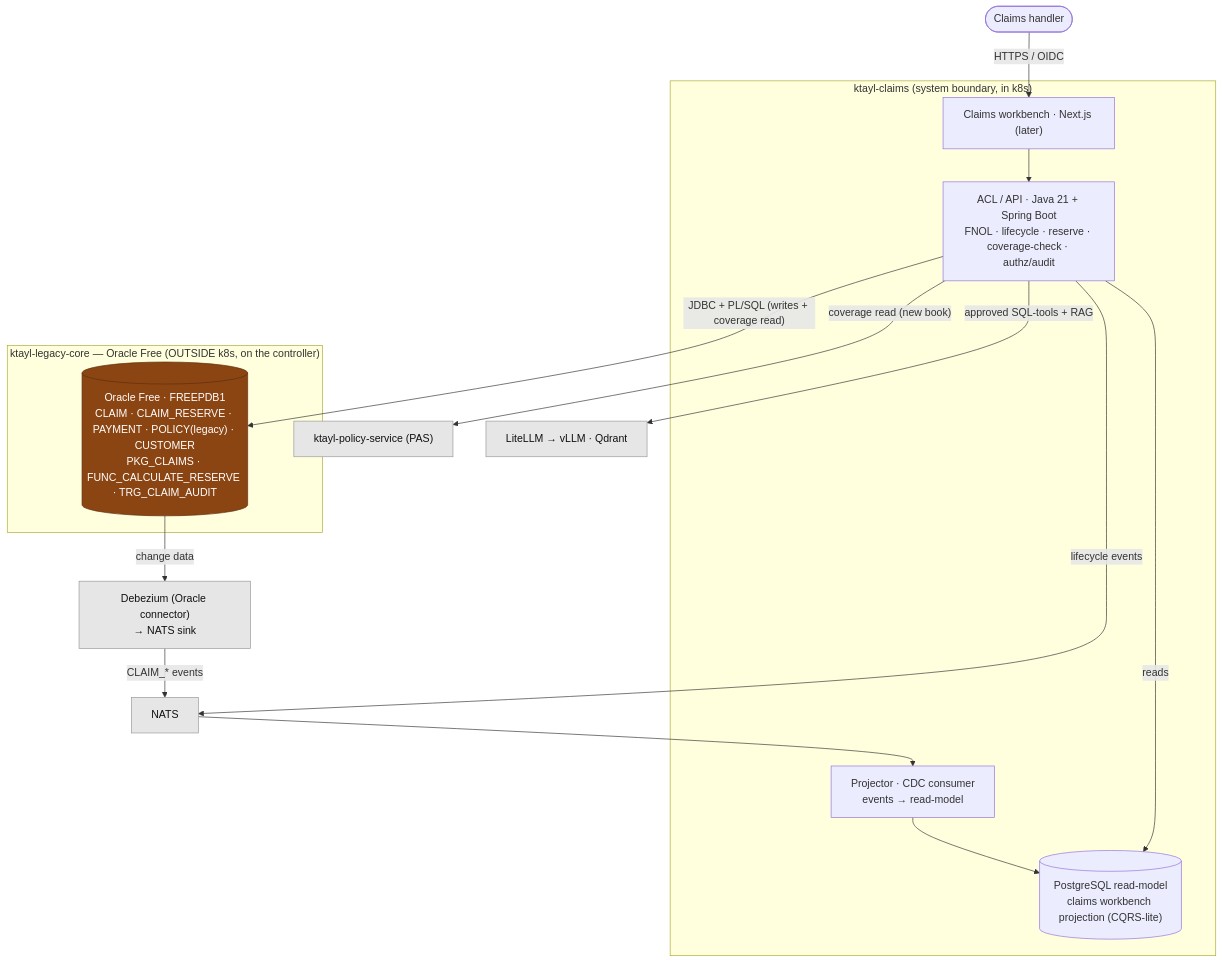
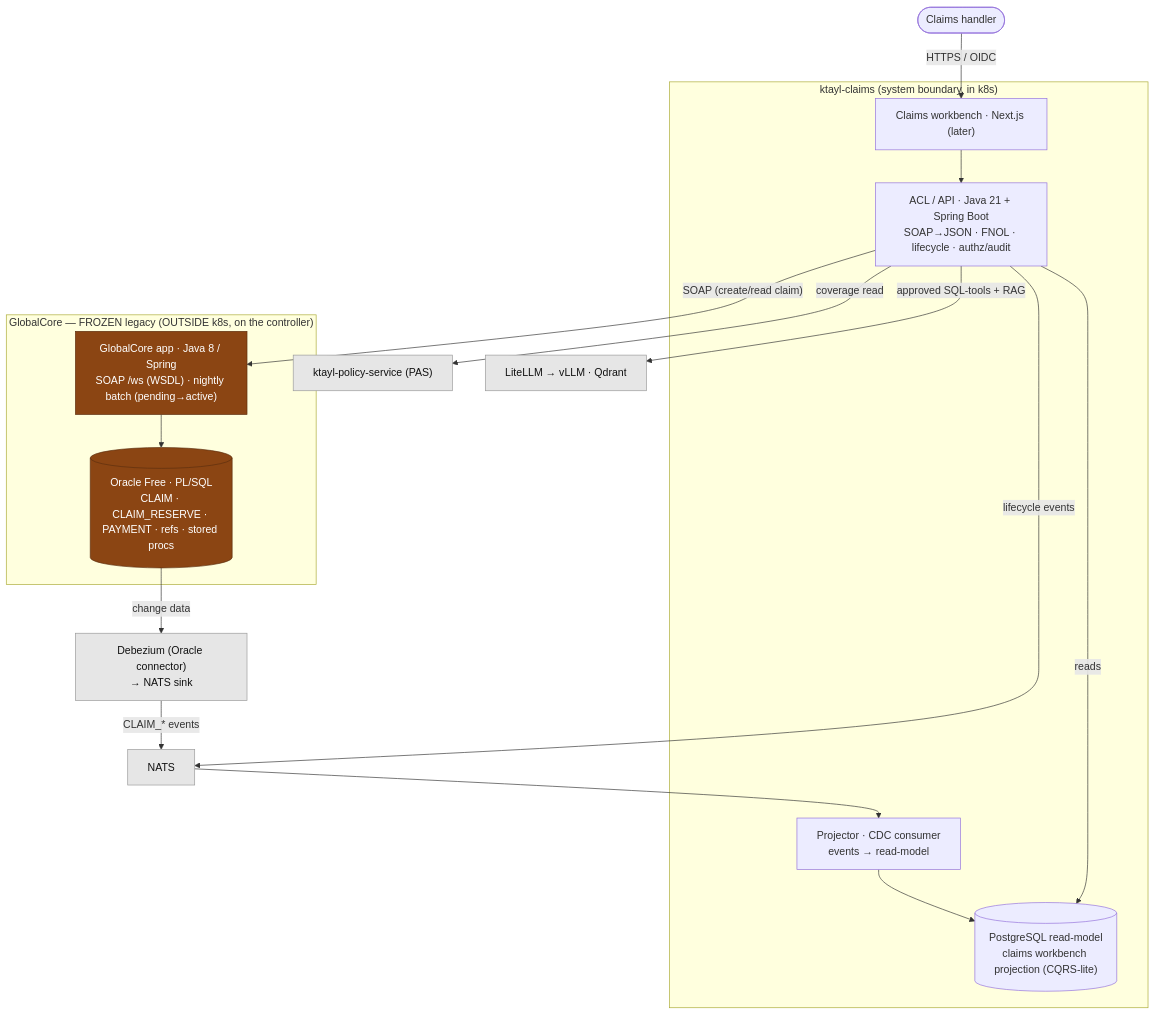
One commit to andrelair-platform/ktayl-claims changed the second of 3 diagrams in docs/architecture/solution-architecture.md. Above: the diagram before and after it, drawn with Mermaid. The commit also changed other lines of this file and 6 other files, not shown here.

First line of the commit message:
docs: realign Claims planning set to GlobalCore+Oracle+Claims (SOAP+batch wrap)

````diff
--- a/docs/architecture/solution-architecture.md
+++ b/docs/architecture/solution-architecture.md
@@ -66,37 +67,39 @@
 ```mermaid
 flowchart TB
   handler(["Claims handler"])
 
-  subgraph LEG["ktayl-legacy-core — Oracle Free (OUTSIDE k8s, on the controller)"]
-    ora[("Oracle Free · FREEPDB1<br/>CLAIM · CLAIM_RESERVE · PAYMENT · POLICY(legacy) · CUSTOMER<br/>PKG_CLAIMS · FUNC_CALCULATE_RESERVE · TRG_CLAIM_AUDIT")]
+  subgraph LEG["GlobalCore — FROZEN legacy (OUTSIDE k8s, on the controller)"]
+    app["GlobalCore app · Java 8 / Spring<br/>SOAP /ws (WSDL) · nightly batch (pending→active)"]
+    ora[("Oracle Free · PL/SQL<br/>CLAIM · CLAIM_RESERVE · PAYMENT · refs · stored procs")]
+    app --> ora
   end
 
   subgraph S["ktayl-claims (system boundary, in k8s)"]
-    acl["ACL / API · Java 21 + Spring Boot<br/>FNOL · lifecycle · reserve · coverage-check · authz/audit"]
+    acl["ACL / API · Java 21 + Spring Boot<br/>SOAP→JSON · FNOL · lifecycle · authz/audit"]
     proj["Projector · CDC consumer<br/>events → read-model"]
     rm[("PostgreSQL read-model<br/>claims workbench projection (CQRS-lite)")]
     web["Claims workbench · Next.js (later)"]
   end
 
   cdc["Debezium (Oracle connector)<br/>→ NATS sink"]
   bus["NATS"]
   pas["ktayl-policy-service (PAS)"]
   ai["LiteLLM → vLLM · Qdrant"]
 
   handler -->|"HTTPS / OIDC"| web
   web --> acl
-  acl -->|"JDBC + PL/SQL (writes + coverage read)"| ora
-  acl -->|"coverage read (new book)"| pas
+  acl -->|"SOAP (create/read claim)"| app
+  acl -->|"coverage read"| pas
   ora -->|"change data"| cdc
   cdc -->|"CLAIM_* events"| bus
   bus --> proj
   proj --> rm
   acl -->|"reads"| rm
   acl -->|"approved SQL-tools + RAG"| ai
   acl -->|"lifecycle events"| bus
 
   classDef legacy fill:#8B4513,stroke:#5c2e0e,color:#fff
   classDef ext fill:#e6e6e6,stroke:#999,color:#111
-  class ora legacy
+  class app,ora legacy
   class cdc,bus,pas,ai ext
 ```
````
